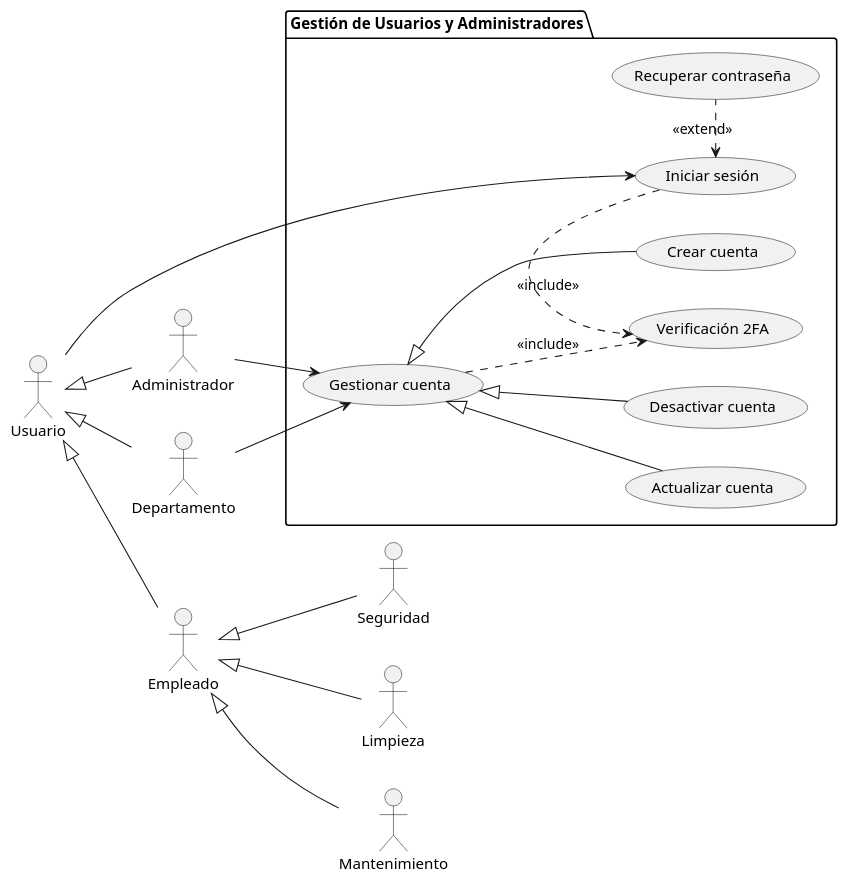
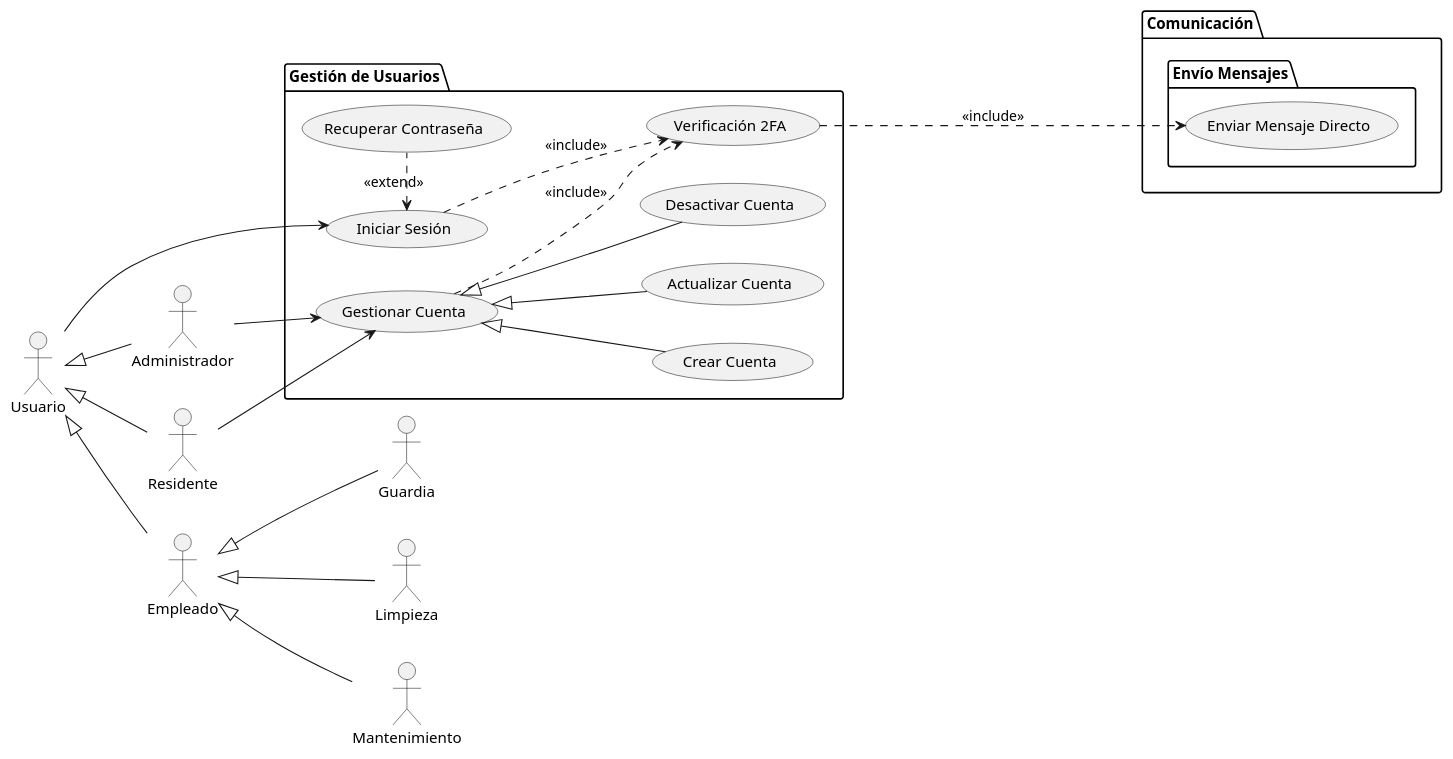
Before and after one commit to richardriverag/ProyectoDiseno24B: the diagram in Diagramas/CasosDeUso_GrupoB_Usuarios/CasosDeUso.puml, drawn with PlantUML.

Commit message:
Modify(Usuarios): Change individual usecase

```diff
--- a/Diagramas/CasosDeUso_GrupoB_Usuarios/CasosDeUso.puml
+++ b/Diagramas/CasosDeUso_GrupoB_Usuarios/CasosDeUso.puml
@@ -1,41 +1,48 @@
 @startuml
 left to right direction
 actor "Administrador" as Admin
-actor "Seguridad" as Seguridad
+actor "Guardia" as Guardia
 actor "Limpieza" as Limpieza
-actor "Departamento" as Departamento
+actor "Residente" as Residente
 actor "Mantenimiento" as Mantenimiento
 actor "Empleado" as Empleado
 actor "Usuario"
 
-package "Gestión de Usuarios y Administradores" {
-    usecase "Iniciar sesión" as IniciarSesion
+' Jerarquía de usuarios
+Usuario <|-- Empleado
+Usuario <|-- Admin
+Usuario <|-- Residente
+Empleado <|-- Limpieza
+Empleado <|-- Mantenimiento
+Empleado <|-- Guardia
+
+package "Gestión de Usuarios" {
+    usecase "Iniciar Sesión" as IniciarSesion
     usecase "Verificación 2FA" as Verificacion2FA
-    usecase "Recuperar contraseña" as RecuperarContraseña
-    usecase "Gestionar cuenta" as GestionarCuenta
-    usecase "Crear cuenta" as CrearCuenta
-    usecase "Actualizar cuenta" as ActualizarCuenta
-    usecase "Desactivar cuenta" as DesactivarCuenta
+    usecase "Recuperar Contraseña" as RecuperarContraseña
+    usecase "Gestionar Cuenta" as GestionarCuenta
+    usecase "Crear Cuenta" as CrearCuenta
+    usecase "Actualizar Cuenta" as ActualizarCuenta
+    usecase "Desactivar Cuenta" as DesactivarCuenta
 }
-' Asociación entre actores y casos de uso
+
 Admin --> GestionarCuenta
 Usuario --> IniciarSesion
-Departamento --> GestionarCuenta
-
-' Generalización
-Usuario <|-- Empleado
-Usuario <|-- Admin
-Usuario <|-- Departamento
-Empleado <|-- Seguridad
-Empleado <|-- Limpieza  
-Empleado <|-- Mantenimiento
+Residente --> GestionarCuenta
 
 GestionarCuenta <|-- CrearCuenta
 GestionarCuenta <|-- ActualizarCuenta
 GestionarCuenta <|-- DesactivarCuenta
+GestionarCuenta ..> Verificacion2FA : <<include>>
+IniciarSesion ..> Verificacion2FA : <<include>>
+IniciarSesion <. RecuperarContraseña : <<extend>>
 
-' Relaciones include y extend
-GestionarCuenta ..> Verificacion2FA : <<include>>
-IniciarSesion .> Verificacion2FA : <<include>>
-IniciarSesion <. RecuperarContraseña : <<extend>>
+
+package Comunicación{
+package "Envío Mensajes"{
+usecase "Enviar Mensaje Directo" as mensajeDirecto
+}
+}
+
+Verificacion2FA .....> mensajeDirecto : <<include>>
 @enduml
```
